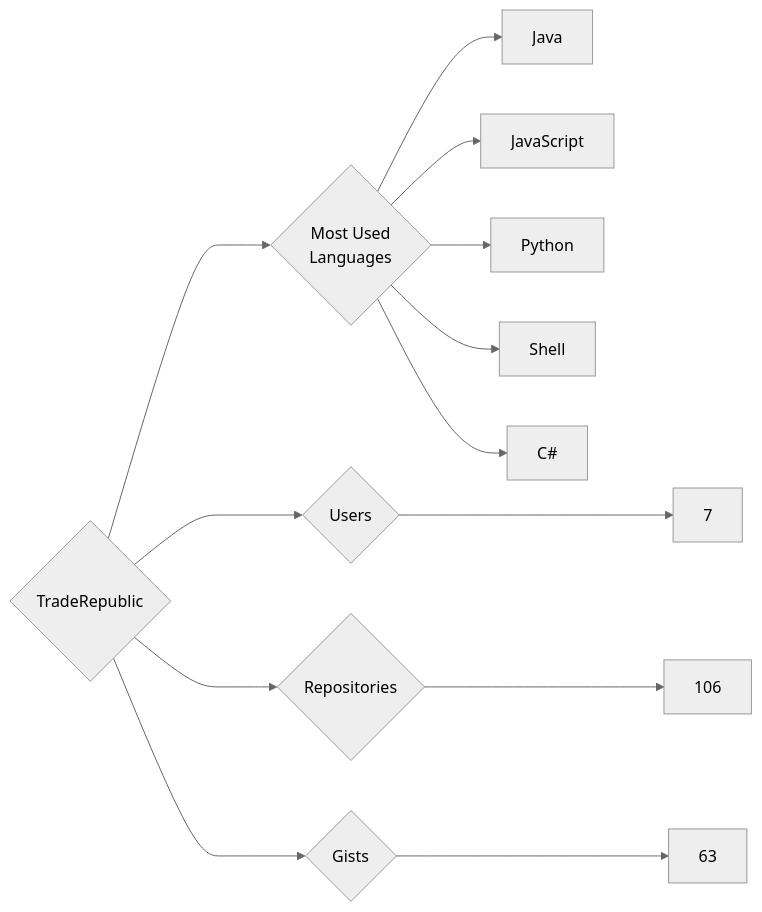
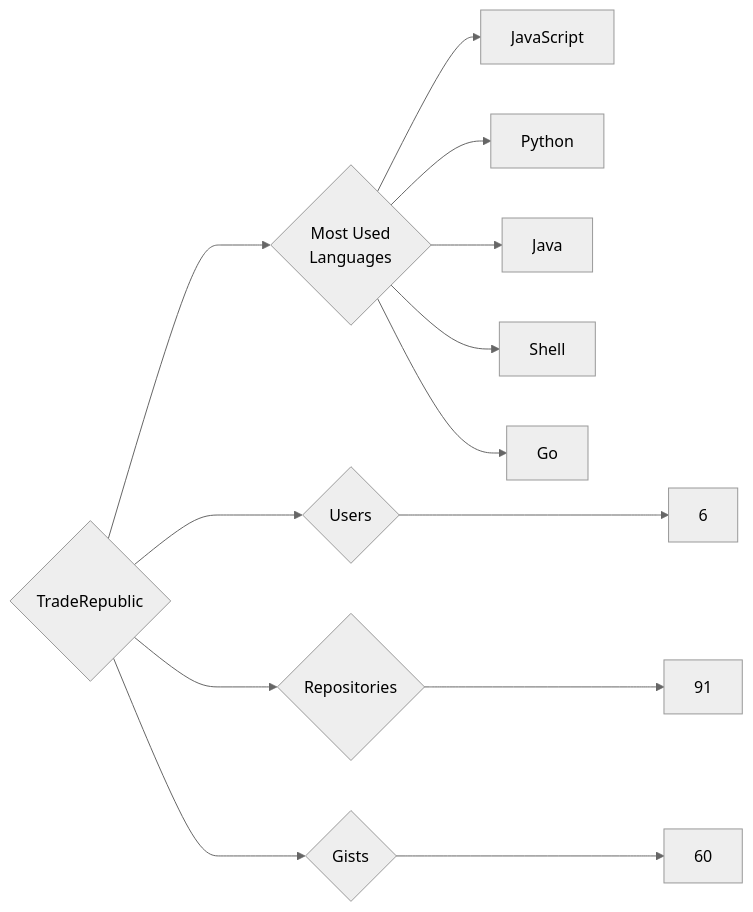
The diagram in targets/TradeRepublic/README.md (trickest/insiders), drawn with Mermaid (neutral theme) before and after one commit. The commit also changed 928 other files, not shown here.

````diff
--- a/targets/TradeRepublic/README.md
+++ b/targets/TradeRepublic/README.md
@@ -3,13 +3,13 @@
 ```mermaid
 graph LR
 COMPANY_NAME{TradeRepublic}
-COMPANY_NAME ---> U{Users} ---> UN[7]
-COMPANY_NAME ---> R{Repositories} ---> RN[106]
-COMPANY_NAME ---> G{Gists} ---> GN[63]
+COMPANY_NAME ---> U{Users} ---> UN[6]
+COMPANY_NAME ---> R{Repositories} ---> RN[91]
+COMPANY_NAME ---> G{Gists} ---> GN[60]
 COMPANY_NAME ---> ML{Most Used<br>Languages}
-ML --> Java[Java]
 ML --> JavaScript[JavaScript]
 ML --> Python[Python]
+ML --> Java[Java]
 ML --> Shell[Shell]
-ML --> C#[C#]
+ML --> Go[Go]
 ```
````
